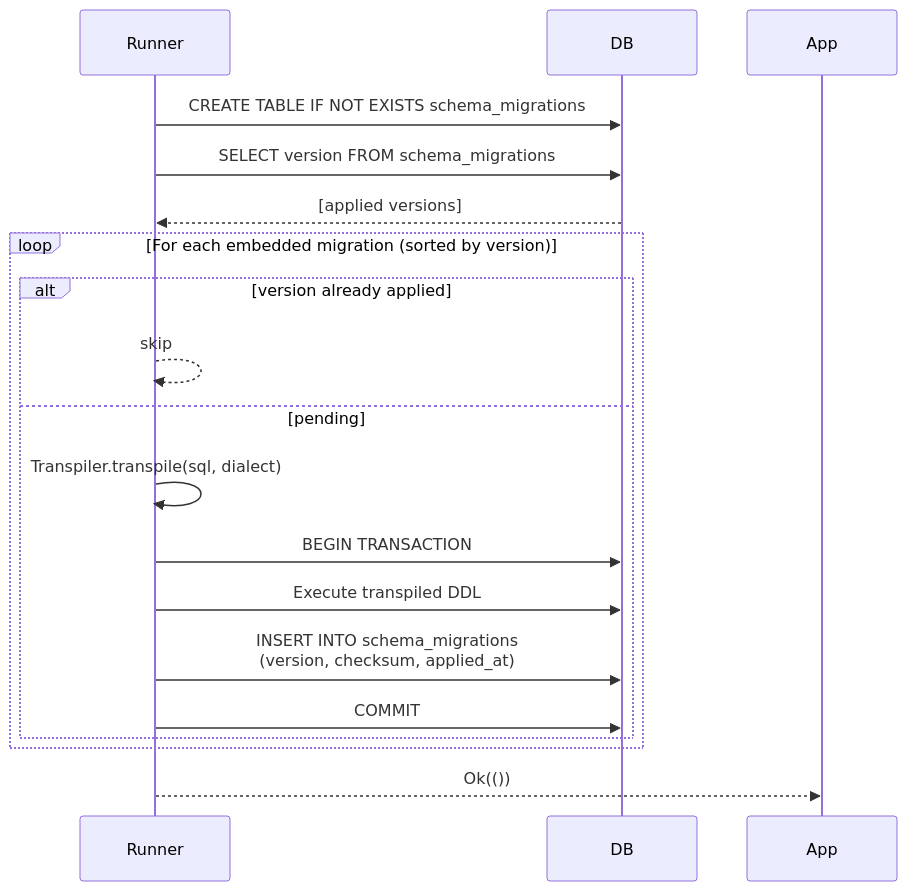
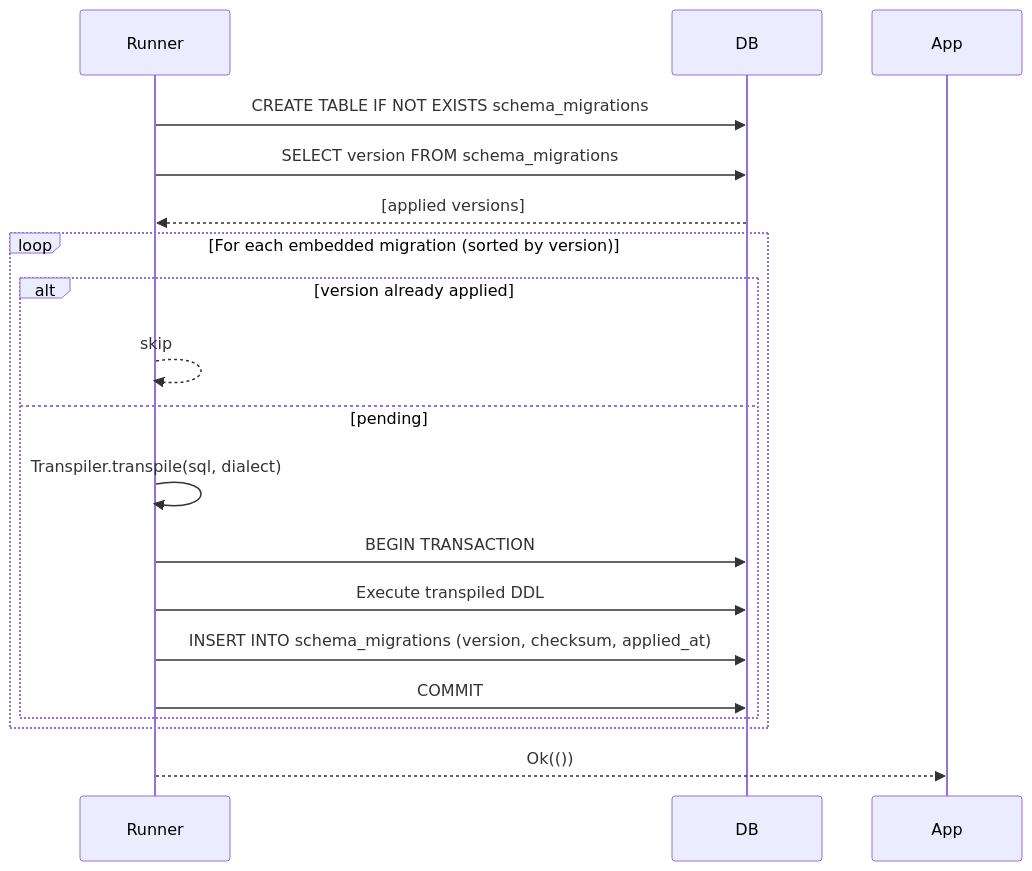
Before and after one commit to hugomf/rustdata: diagram 13 of 16 in ARCHITECTURE.md, drawn with Mermaid. The commit also changed other lines of this file, not shown here.

Commit message:
fix flow diagram

````diff
--- a/ARCHITECTURE.md
+++ b/ARCHITECTURE.md
@@ -433,24 +433,24 @@
 ```mermaid
 sequenceDiagram
     participant Runner
     participant DB
 
     Runner->>DB: CREATE TABLE IF NOT EXISTS schema_migrations
 
     Runner->>DB: SELECT version FROM schema_migrations
     DB-->>Runner: [applied versions]
 
     loop For each embedded migration (sorted by version)
         alt version already applied
             Runner-->>Runner: skip
         else pending
             Runner->>Runner: Transpiler.transpile(sql, dialect)
             Runner->>DB: BEGIN TRANSACTION
             Runner->>DB: Execute transpiled DDL
-            Runner->>DB: INSERT INTO schema_migrations<br/>(version, checksum, applied_at)
+            Runner->>DB: INSERT INTO schema_migrations (version, checksum, applied_at)
             Runner->>DB: COMMIT
         end
     end
 
     Runner-->>App: Ok(())
 ```
````
